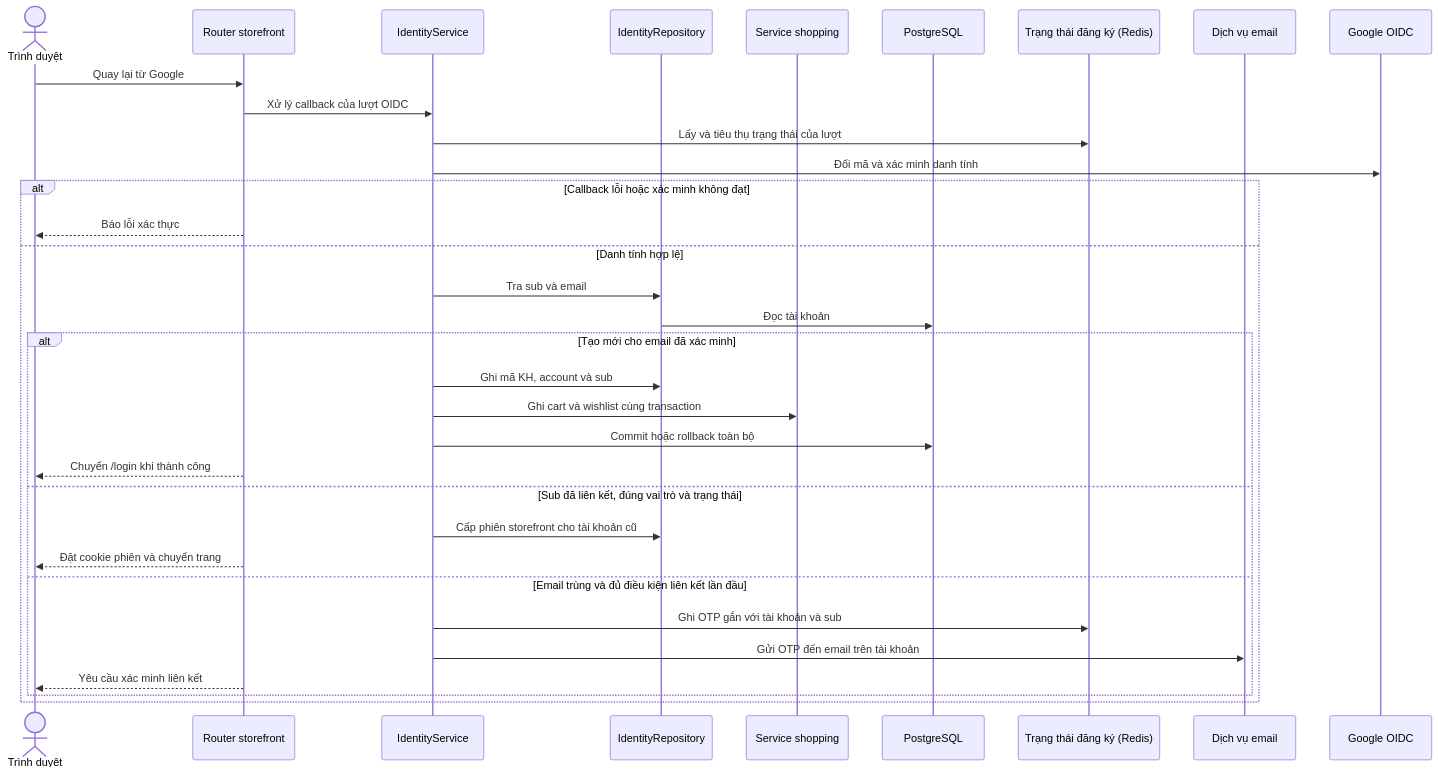
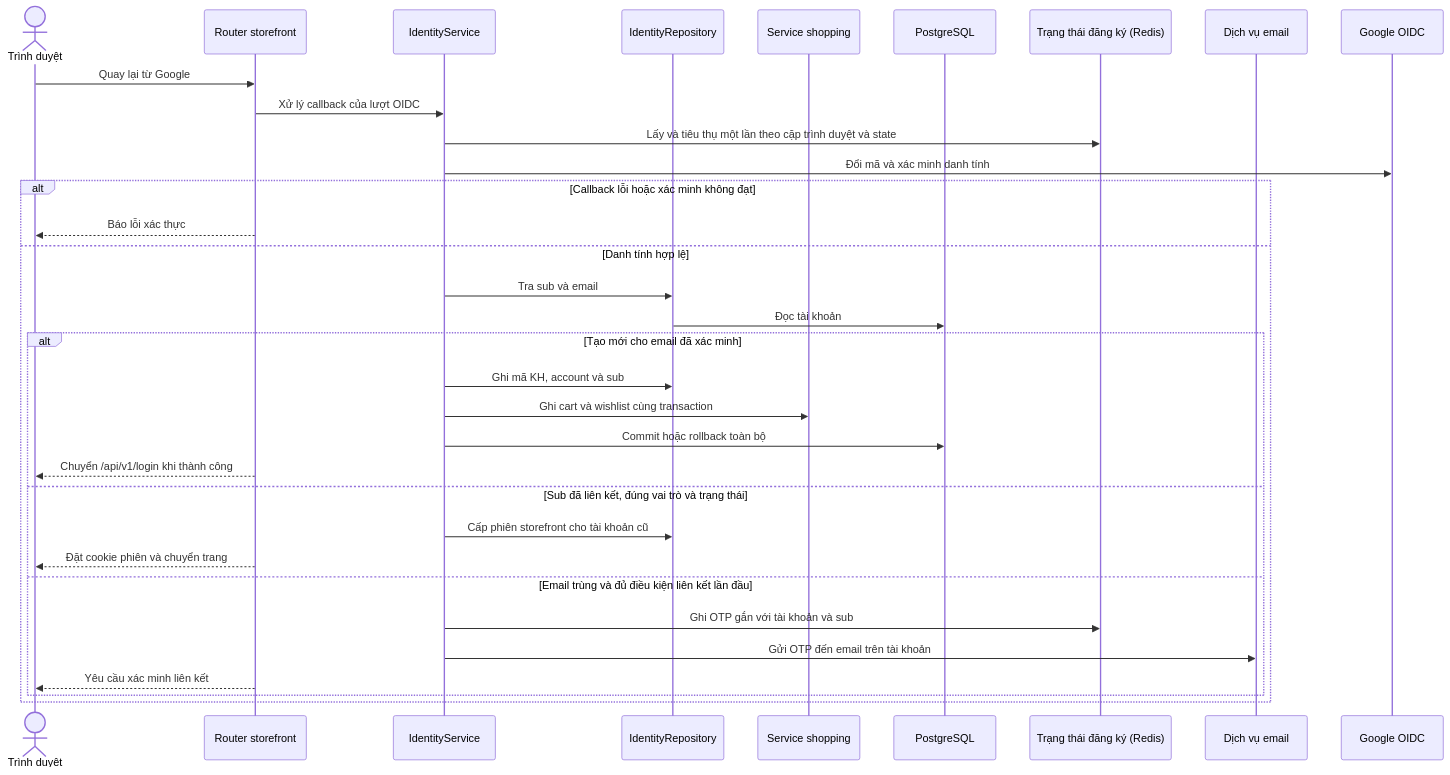
One commit to thanhklt/sobie-swimwear-e-commerce changed the diagram in docs/sequence/identity/get-register-google-callback.md. Above: the diagram before and after it, drawn with Mermaid. The commit also changed 72 other files, not shown here.

````diff
--- a/docs/sequence/identity/get-register-google-callback.md
+++ b/docs/sequence/identity/get-register-google-callback.md
@@ -5,35 +5,35 @@
 ```mermaid
 sequenceDiagram
     actor Browser as Trình duyệt
     participant Route as Router storefront
     participant Service as IdentityService
     participant Repo as IdentityRepository
     participant Shopping as Service shopping
     participant DB as PostgreSQL
     participant Redis as Trạng thái đăng ký (Redis)
     participant Mail as Dịch vụ email
     participant Google as Google OIDC
     Browser->>Route: Quay lại từ Google
     Route->>Service: Xử lý callback của lượt OIDC
-    Service->>Redis: Lấy và tiêu thụ trạng thái của lượt
+    Service->>Redis: Lấy và tiêu thụ một lần theo cặp trình duyệt và state
     Service->>Google: Đổi mã và xác minh danh tính
     alt Callback lỗi hoặc xác minh không đạt
         Route-->>Browser: Báo lỗi xác thực
     else Danh tính hợp lệ
         Service->>Repo: Tra sub và email
         Repo->>DB: Đọc tài khoản
         alt Tạo mới cho email đã xác minh
             Service->>Repo: Ghi mã KH, account và sub
             Service->>Shopping: Ghi cart và wishlist cùng transaction
             Service->>DB: Commit hoặc rollback toàn bộ
-            Route-->>Browser: Chuyển /login khi thành công
+            Route-->>Browser: Chuyển /api/v1/login khi thành công
         else Sub đã liên kết, đúng vai trò và trạng thái
             Service->>Repo: Cấp phiên storefront cho tài khoản cũ
             Route-->>Browser: Đặt cookie phiên và chuyển trang
         else Email trùng và đủ điều kiện liên kết lần đầu
             Service->>Redis: Ghi OTP gắn với tài khoản và sub
             Service->>Mail: Gửi OTP đến email trên tài khoản
             Route-->>Browser: Yêu cầu xác minh liên kết
         end
     end
 ```
````
